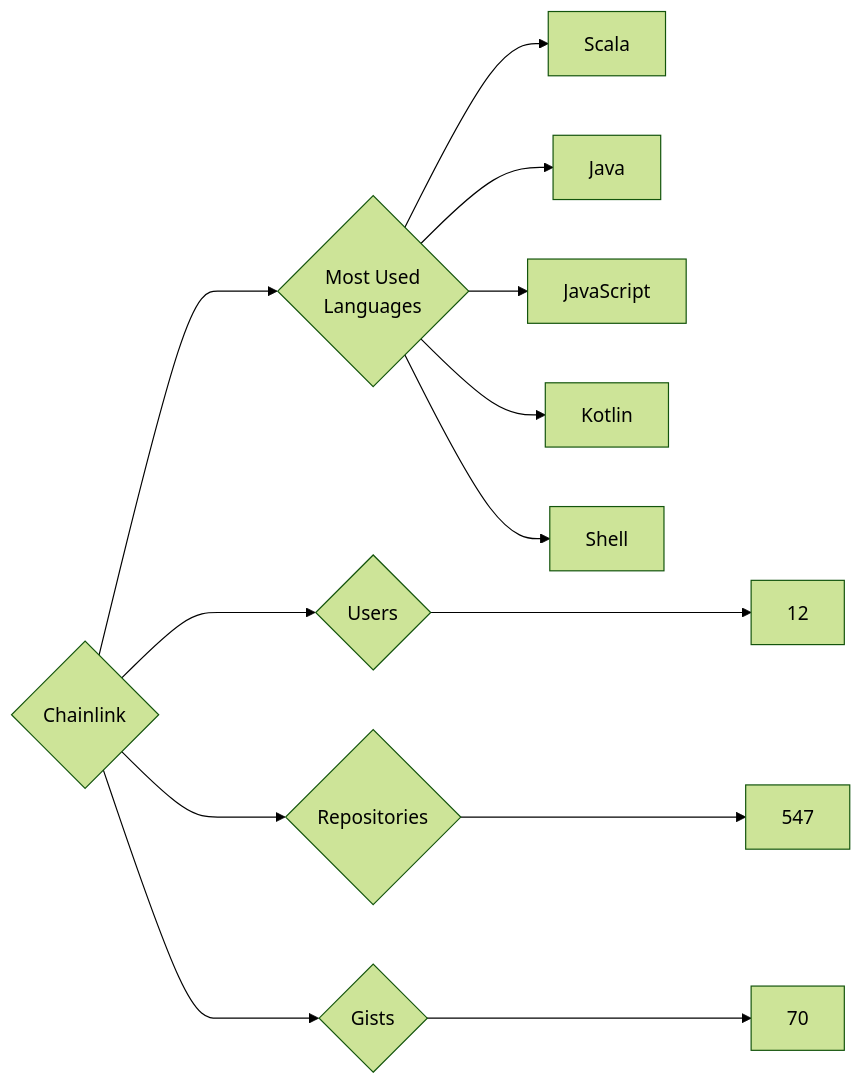
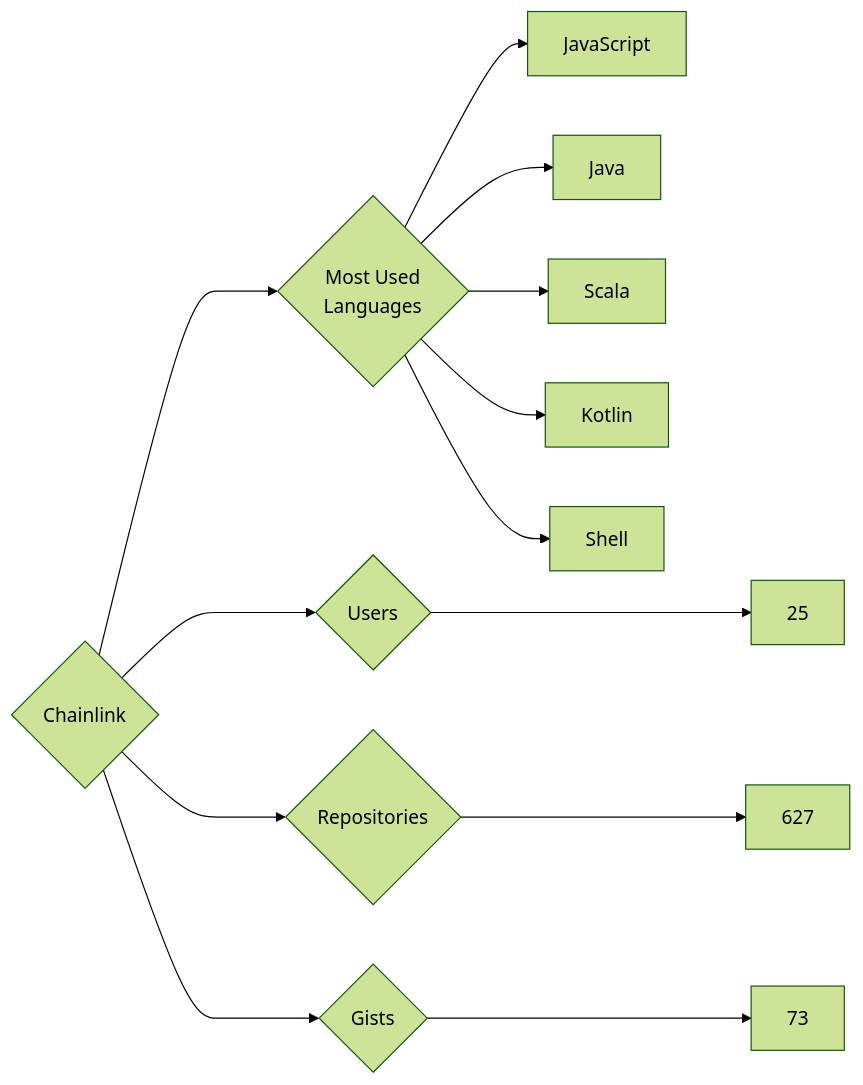
One commit to trickest/insiders changed the diagram in targets/Chainlink/README.md. Above: the diagram before and after it, drawn with Mermaid (forest theme). The commit also changed 882 other files, not shown here.

````diff
--- a/targets/Chainlink/README.md
+++ b/targets/Chainlink/README.md
@@ -3,13 +3,13 @@
 ```mermaid
 graph LR
 COMPANY_NAME{Chainlink}
-COMPANY_NAME ---> U{Users} ---> UN[12]
-COMPANY_NAME ---> R{Repositories} ---> RN[547]
-COMPANY_NAME ---> G{Gists} ---> GN[70]
+COMPANY_NAME ---> U{Users} ---> UN[25]
+COMPANY_NAME ---> R{Repositories} ---> RN[627]
+COMPANY_NAME ---> G{Gists} ---> GN[73]
 COMPANY_NAME ---> ML{Most Used<br>Languages}
+ML --> JavaScript[JavaScript]
+ML --> Java[Java]
 ML --> Scala[Scala]
-ML --> Java[Java]
-ML --> JavaScript[JavaScript]
 ML --> Kotlin[Kotlin]
 ML --> Shell[Shell]
 ```
````
